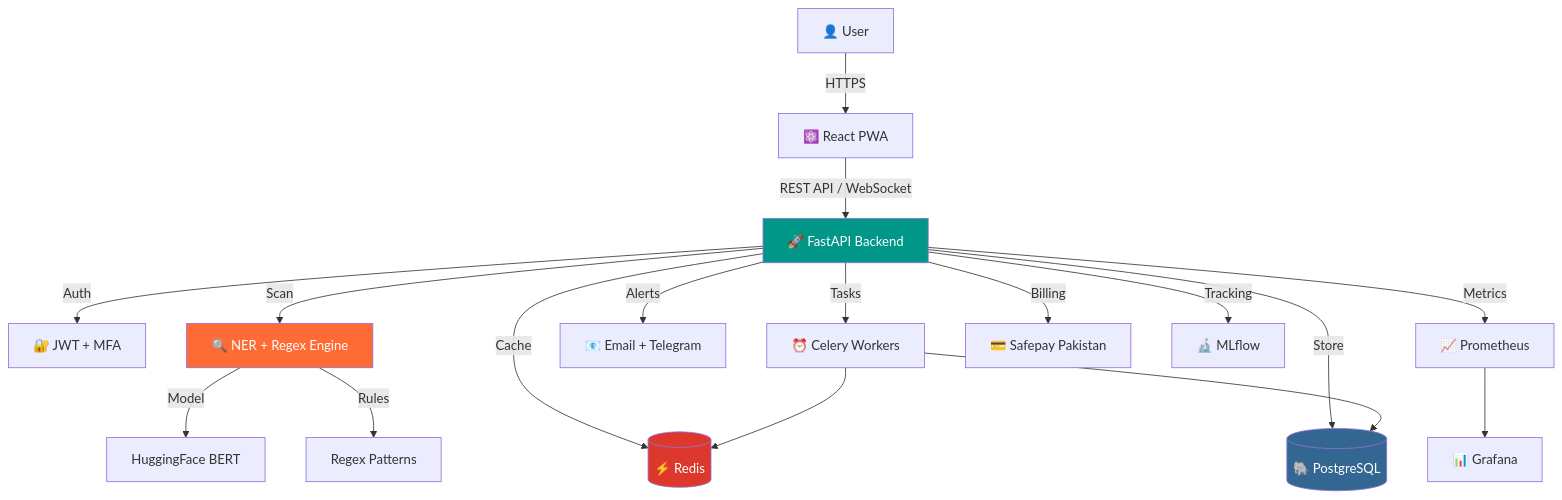
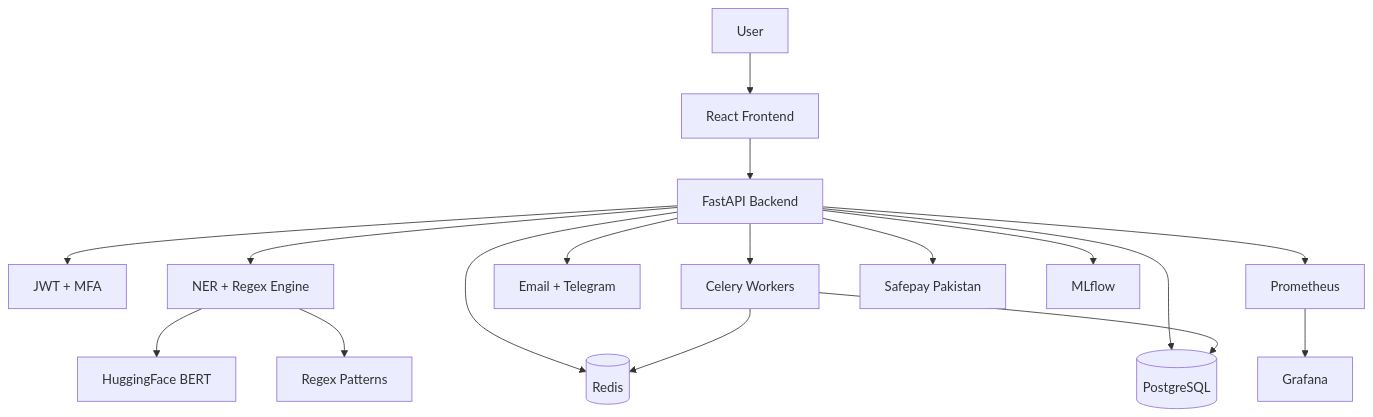
The fourth of 6 diagrams in README.md (Khan-Feroz211/MyCyber-Project), drawn with Mermaid before and after one commit. The commit also changed other lines of this file, not shown here.

Commit message:
docs: fix all mermaid diagrams for GitHub - remove init blocks, style statements, simplify syntax

````diff
--- a/README.md
+++ b/README.md
@@ -192,30 +162,19 @@
 ```mermaid
 graph TB
-    U[👤 User] -->|HTTPS| FE[⚛️ React PWA]
-    FE -->|REST API / WebSocket| API[🚀 FastAPI Backend]
-    
-    API -->|Auth| AUTH[🔐 JWT + MFA]
-    API -->|Scan| SCAN[🔍 NER + Regex Engine]
-    API -->|Tasks| CELERY[⏰ Celery Workers]
-    API -->|Alerts| NOTIFY[📧 Email + Telegram]
-    
-    SCAN -->|Model| NER[HuggingFace BERT]
-    SCAN -->|Rules| REX[Regex Patterns]
-    
-    API -->|Cache| REDIS[(⚡ Redis)]
-    API -->|Store| PG[(🐘 PostgreSQL)]
-    
+    U[User] --> FE[React Frontend]
+    FE --> API[FastAPI Backend]
+    API --> AUTH[JWT + MFA]
+    API --> SCAN[NER + Regex Engine]
+    API --> CELERY[Celery Workers]
+    API --> NOTIFY[Email + Telegram]
+    SCAN --> NER[HuggingFace BERT]
+    SCAN --> REX[Regex Patterns]
+    API --> REDIS[(Redis)]
+    API --> PG[(PostgreSQL)]
     CELERY --> REDIS
     CELERY --> PG
-    
-    API -->|Metrics| PROM[📈 Prometheus]
-    PROM --> GRAF[📊 Grafana]
-    
-    API -->|Billing| SP[💳 Safepay Pakistan]
-    API -->|Tracking| ML[🔬 MLflow]
-    
-    style API fill:#009688,color:#fff
-    style SCAN fill:#FF6B35,color:#fff
-    style PG fill:#336791,color:#fff
-    style REDIS fill:#DC382D,color:#fff
+    API --> PROM[Prometheus]
+    PROM --> GRAF[Grafana]
+    API --> SP[Safepay Pakistan]
+    API --> ML[MLflow]
 ```
````
